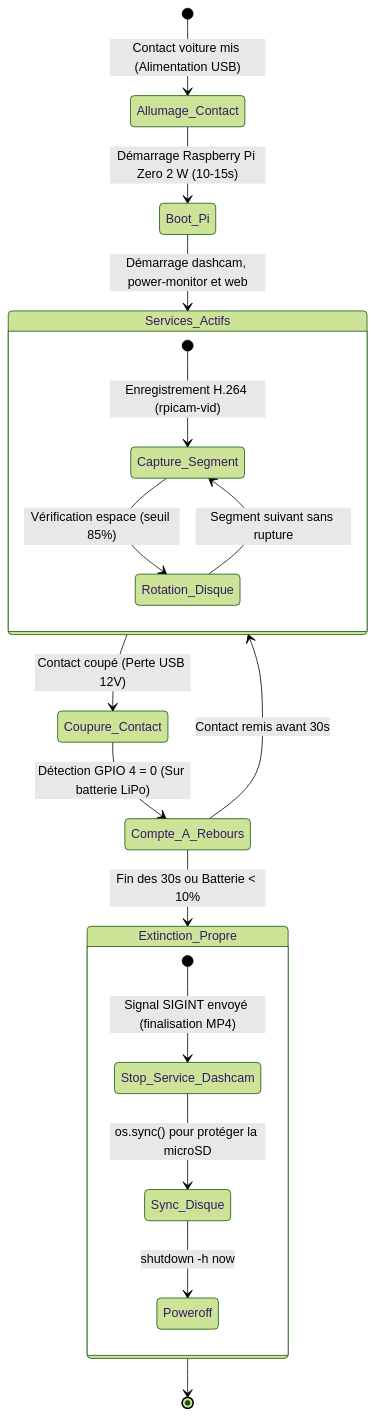
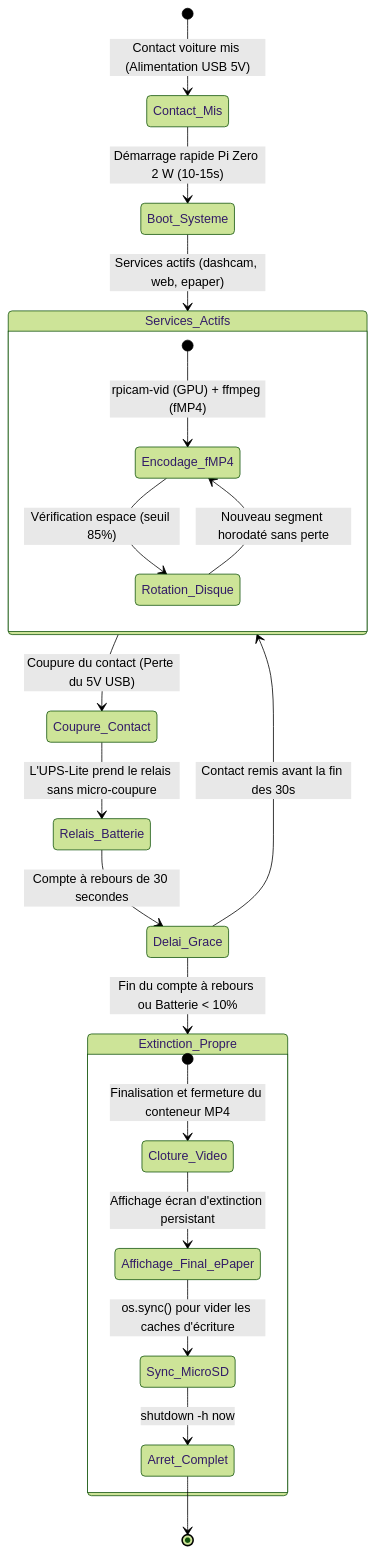
Before and after one commit to gotenash/pi-dashcam: the diagram in readme.md, drawn with Mermaid (forest theme). The commit also changed other lines of this file and 2 other files, not shown here.

Commit message:
docs: complete readme with 5V power cut behavior, fMP4 repair, and UPS-Lite telemetry details

````diff
--- a/readme.md
+++ b/readme.md
@@ -79,26 +54,28 @@
 ```mermaid
 stateDiagram-v2
-    [*] --> Allumage_Contact: Contact voiture mis (Alimentation USB)
-    Allumage_Contact --> Boot_Pi: Démarrage Raspberry Pi Zero 2 W (10-15s)
-    Boot_Pi --> Services_Actifs: Démarrage dashcam, power-monitor et web
+    [*] --> Contact_Mis: Contact voiture mis (Alimentation USB 5V)
+    Contact_Mis --> Boot_Systeme: Démarrage rapide Pi Zero 2 W (10-15s)
+    Boot_Systeme --> Services_Actifs: Services actifs (dashcam, web, epaper)
 
     state Services_Actifs {
-        [*] --> Capture_Segment: Enregistrement H.264 (rpicam-vid)
-        Capture_Segment --> Rotation_Disque: Vérification espace (seuil 85%)
-        Rotation_Disque --> Capture_Segment: Segment suivant sans rupture
+        [*] --> Encodage_fMP4: rpicam-vid (GPU) + ffmpeg (fMP4)
+        Encodage_fMP4 --> Rotation_Disque: Vérification espace (seuil 85%)
+        Rotation_Disque --> Encodage_fMP4: Nouveau segment horodaté sans perte
     }
 
-    Services_Actifs --> Coupure_Contact: Contact coupé (Perte USB 12V)
-    Coupure_Contact --> Compte_A_Rebours: Détection GPIO 4 = 0 (Sur batterie LiPo)
+    Services_Actifs --> Coupure_Contact: Coupure du contact (Perte du 5V USB)
+    Coupure_Contact --> Relais_Batterie: L'UPS-Lite prend le relais sans micro-coupure
+    Relais_Batterie --> Delai_Grace: Compte à rebours de 30 secondes
 
-    Compte_A_Rebours --> Services_Actifs: Contact remis avant 30s
-    Compte_A_Rebours --> Extinction_Propre: Fin des 30s ou Batterie < 10%
+    Delai_Grace --> Services_Actifs: Contact remis avant la fin des 30s
+    Delai_Grace --> Extinction_Propre: Fin du compte à rebours ou Batterie < 10%
 
     state Extinction_Propre {
-        [*] --> Stop_Service_Dashcam: Signal SIGINT envoyé (finalisation MP4)
-        Stop_Service_Dashcam --> Sync_Disque: os.sync() pour protéger la microSD
-        Sync_Disque --> Poweroff: shutdown -h now
+        [*] --> Cloture_Video: Finalisation et fermeture du conteneur MP4
+        Cloture_Video --> Affichage_Final_ePaper: Affichage écran d'extinction persistant
+        Affichage_Final_ePaper --> Sync_MicroSD: os.sync() pour vider les caches d'écriture
+        Sync_MicroSD --> Arret_Complet: shutdown -h now
     }
 
-    Extinction_Propre --> [*]
+    Arret_Complet --> [*]
 ```
````
